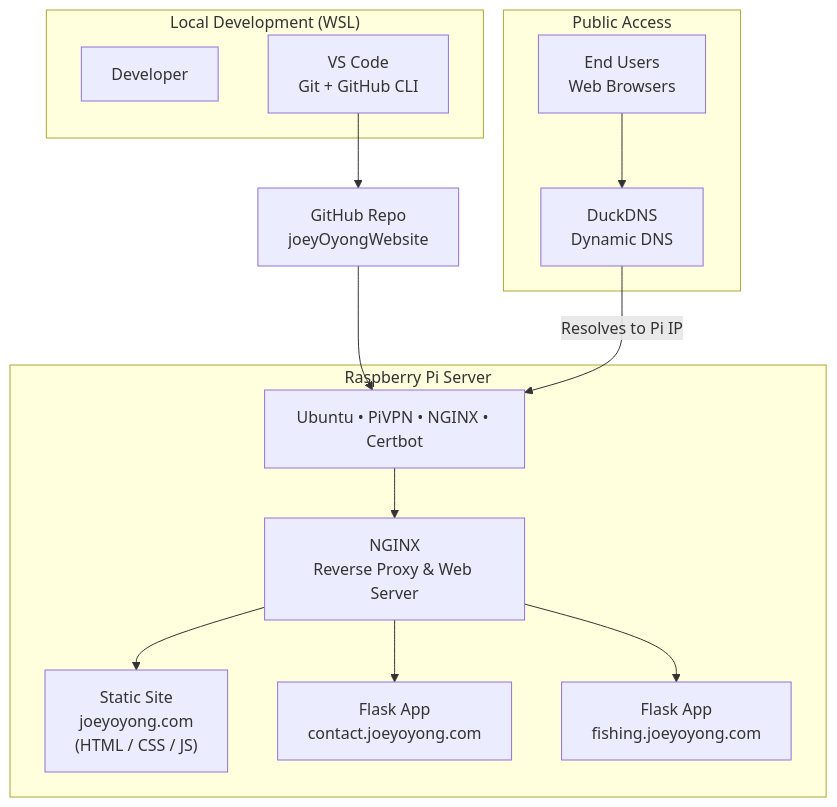
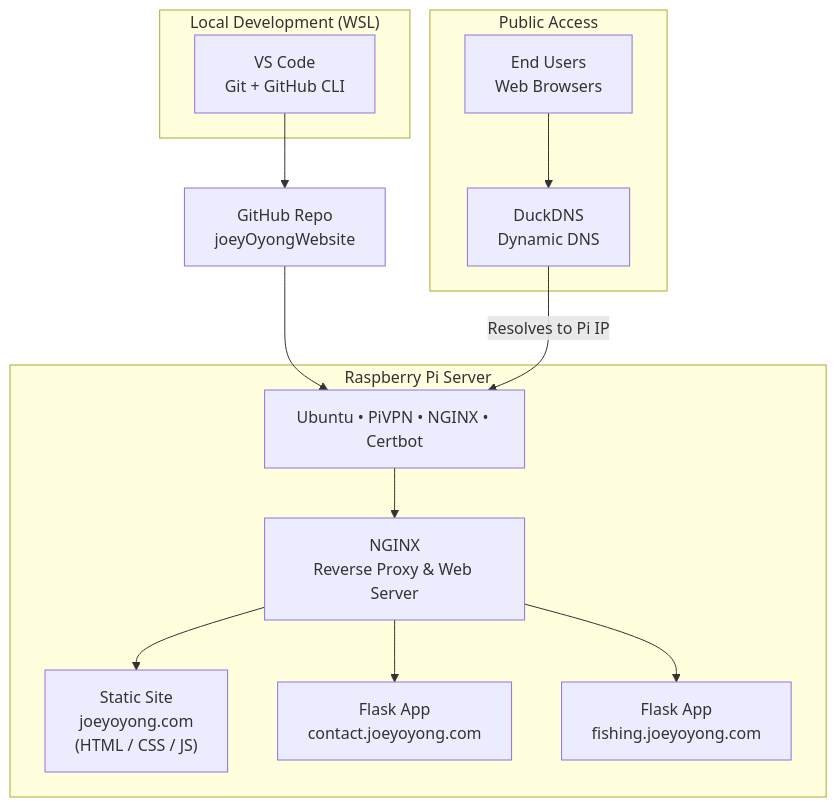
Before and after one commit to oyong28/joeyOyongWebsite: the diagram in README.md, drawn with Mermaid. The commit also changed other lines of this file, not shown here.

````diff
--- a/README.md
+++ b/README.md
@@ -13,40 +13,39 @@
 ```mermaid
 flowchart TB
 
-  %% ========= Local Development =========
+  %% -------- Local Development --------
   subgraph DEV["Local Development (WSL)"]
-    dev_user["Developer"]
-    dev_tools["VS Code<br/>Git + GitHub CLI"]
+    dev["VS Code<br/>Git + GitHub CLI"]
   end
 
-  dev_tools --> github["GitHub Repo<br/>joeyOyongWebsite"]
+  dev --> github["GitHub Repo<br/>joeyOyongWebsite"]
 
-  %% ========= Public Access =========
+  %% -------- Public Access / DNS --------
   subgraph PUBLIC["Public Access"]
     users["End Users<br/>Web Browsers"]
     duck["DuckDNS<br/>Dynamic DNS"]
   end
 
   users --> duck
 
-  %% ========= Raspberry Pi Server =========
+  %% -------- Raspberry Pi Server --------
   subgraph PI["Raspberry Pi Server"]
     pi["Ubuntu • PiVPN • NGINX • Certbot"]
     nginx["NGINX<br/>Reverse Proxy & Web Server"]
     static["Static Site<br/>joeyoyong.com<br/>(HTML / CSS / JS)"]
     contact["Flask App<br/>contact.joeyoyong.com"]
     fishing["Flask App<br/>fishing.joeyoyong.com"]
   end
 
-  %% -------- Deployment Flow --------
+  %% Deploy flow
   github --> pi
 
-  %% -------- Public Access Flow --------
+  %% Public access flow
   duck -->|"Resolves to Pi IP"| pi
 
-  %% -------- Internal Routing --------
+  %% Internal routing
   pi --> nginx
   nginx --> static
   nginx --> contact
   nginx --> fishing
 ```
````
